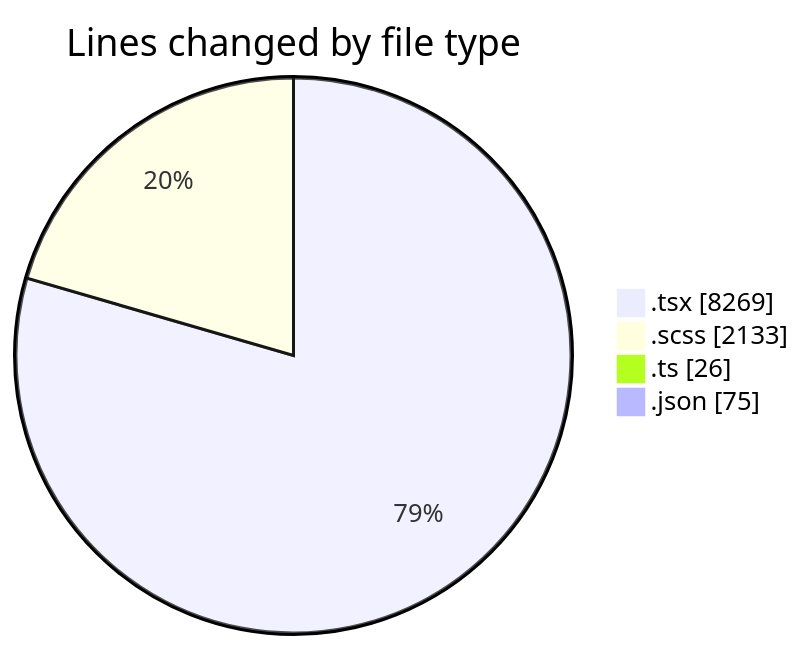
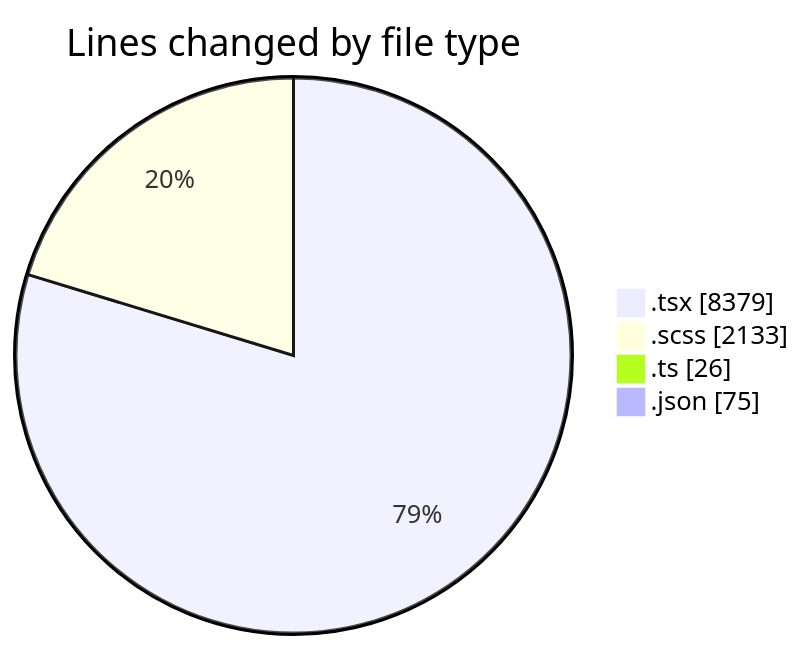
One commit to momahboobian/code-tracking changed the first of 2 diagrams in 2025-04-09/cda/README.md. Above: the diagram before and after it, drawn with Mermaid. The commit also changed other lines of this file and 1 other file, not shown here.

````diff
--- a/2025-04-09/cda/README.md
+++ b/2025-04-09/cda/README.md
@@ -49,8 +50,8 @@
 ```mermaid
 pie showData
 title Lines changed by file type
-".tsx" : 8269
+".tsx" : 8379
 ".scss" : 2133
 ".ts" : 26
 ".json" : 75
 ```
````
